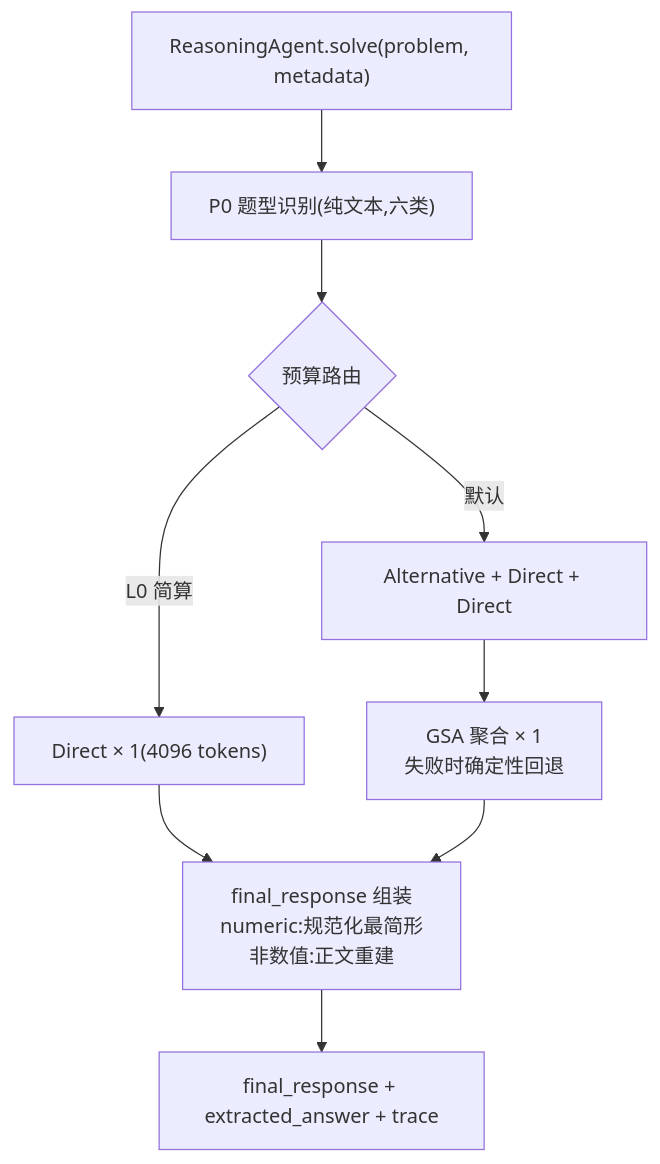
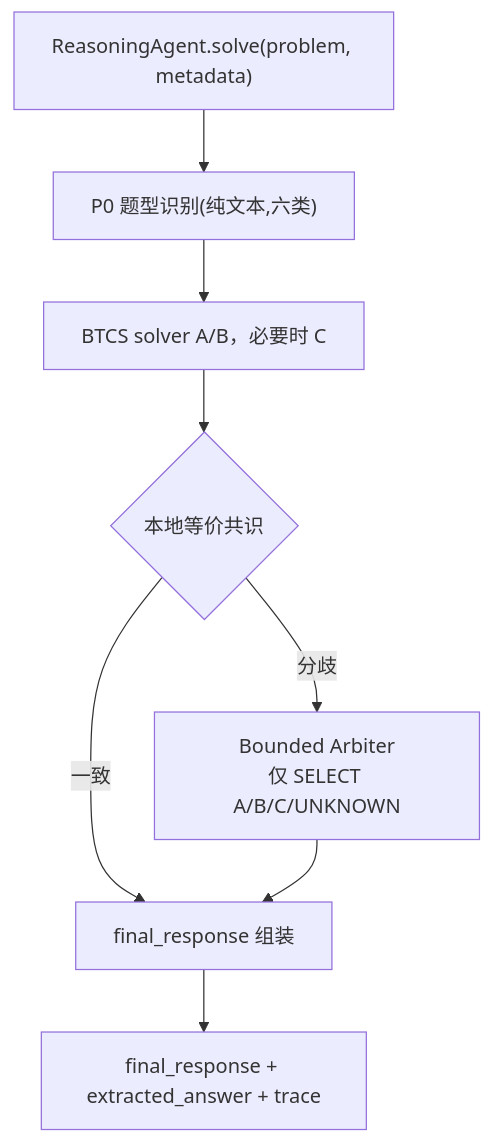
The first of 2 diagrams in README.md (RUSS0718/Challenge-Cup-2026), drawn with Mermaid before and after one commit. The commit also changed other lines of this file and 9 other files, not shown here.

````diff
--- a/README.md
+++ b/README.md
@@ -17,11 +17,10 @@
 ```mermaid
 flowchart TD
     entry["ReasoningAgent.solve(problem, metadata)"] --> classify["P0 题型识别(纯文本,六类)"]
-    classify --> route{"预算路由"}
-    route -->|"L0 简算"| l0["Direct × 1(4096 tokens)"]
-    route -->|"默认"| samples["Alternative + Direct + Direct"]
-    samples --> aggregate["GSA 聚合 × 1<br/>失败时确定性回退"]
-    l0 --> finalize
-    aggregate --> finalize["final_response 组装<br/>numeric:规范化最简形<br/>非数值:正文重建"]
+    classify --> solvers["BTCS solver A/B，必要时 C"]
+    solvers --> consensus{"本地等价共识"}
+    consensus -->|"一致"| finalize["final_response 组装"]
+    consensus -->|"分歧"| arbiter["Bounded Arbiter<br/>仅 SELECT A/B/C/UNKNOWN"]
+    arbiter --> finalize
     finalize --> out["final_response + extracted_answer + trace"]
 ```
````
